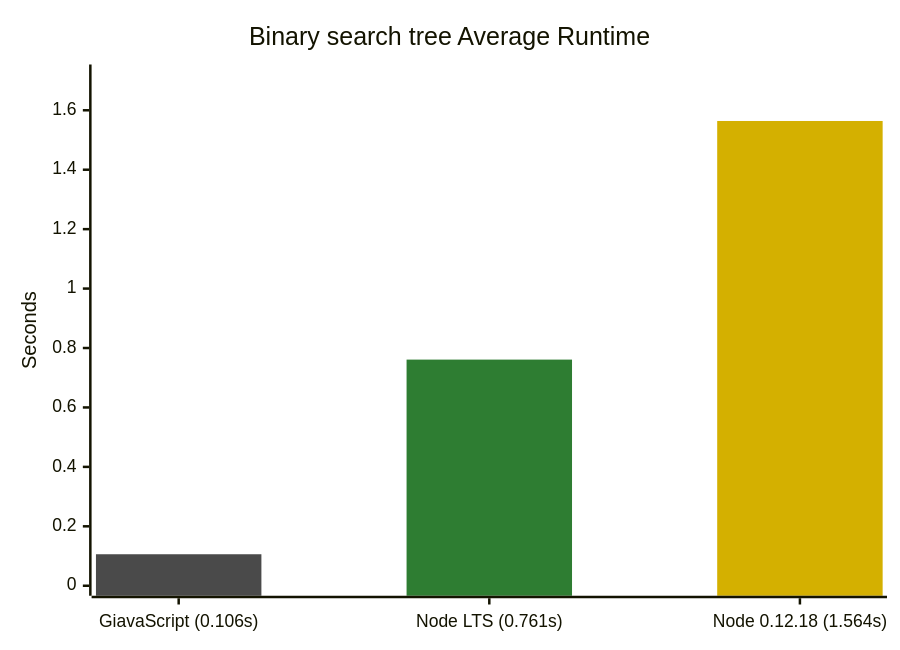
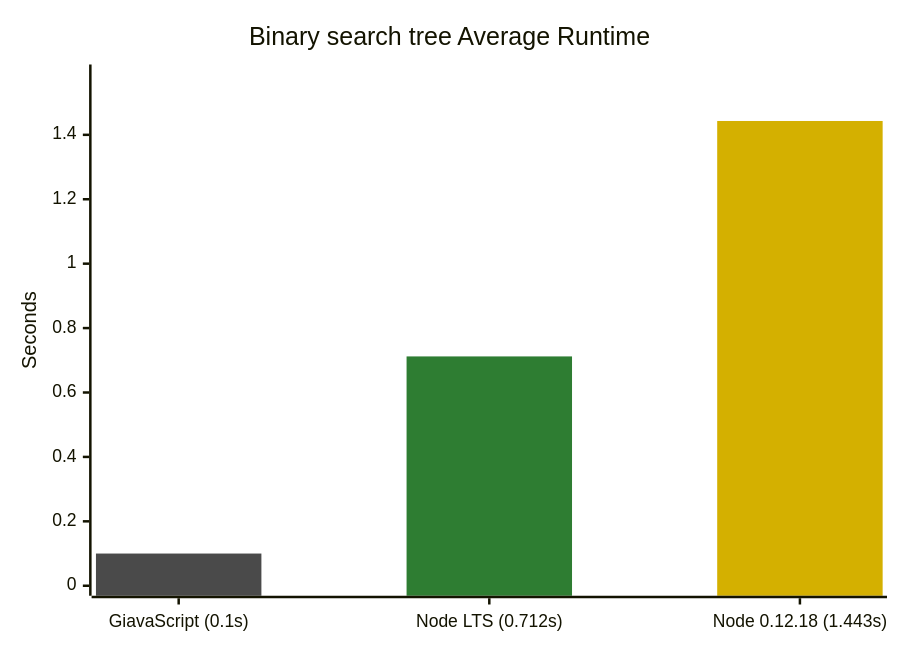
Before and after one commit to GiavaScript/GiavaScript: the third of 5 diagrams in README.md, drawn with Mermaid. The commit also changed other lines of this file and 2 other files, not shown here.

````diff
--- a/README.md
+++ b/README.md
@@ -103,10 +103,10 @@
 ```mermaid
 %%{init: {"themeVariables": {"xyChart": {"plotColorPalette": "#4a4a4a, #2e7d32, #d4b000"}}}}%%
 xychart-beta
     title "Binary search tree Average Runtime"
-    x-axis ["GiavaScript (0.106s)", "Node LTS (0.761s)", "Node 0.12.18 (1.564s)"]
-    y-axis "Seconds" 0 --> 1.7204
-    bar [0.106, -1, -1]
-    bar [-1, 0.761, -1]
-    bar [-1, -1, 1.564]
+    x-axis ["GiavaScript (0.1s)", "Node LTS (0.712s)", "Node 0.12.18 (1.443s)"]
+    y-axis "Seconds" 0 --> 1.5873
+    bar [0.1, -1, -1]
+    bar [-1, 0.712, -1]
+    bar [-1, -1, 1.443]
 ```
````
